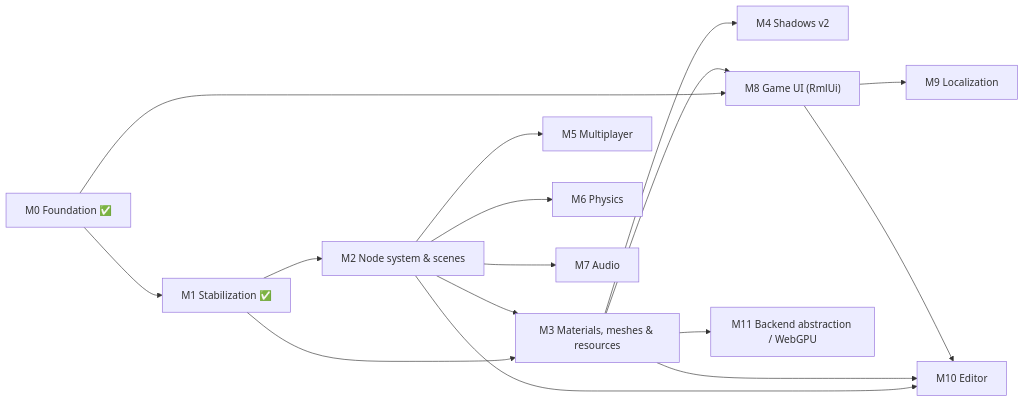
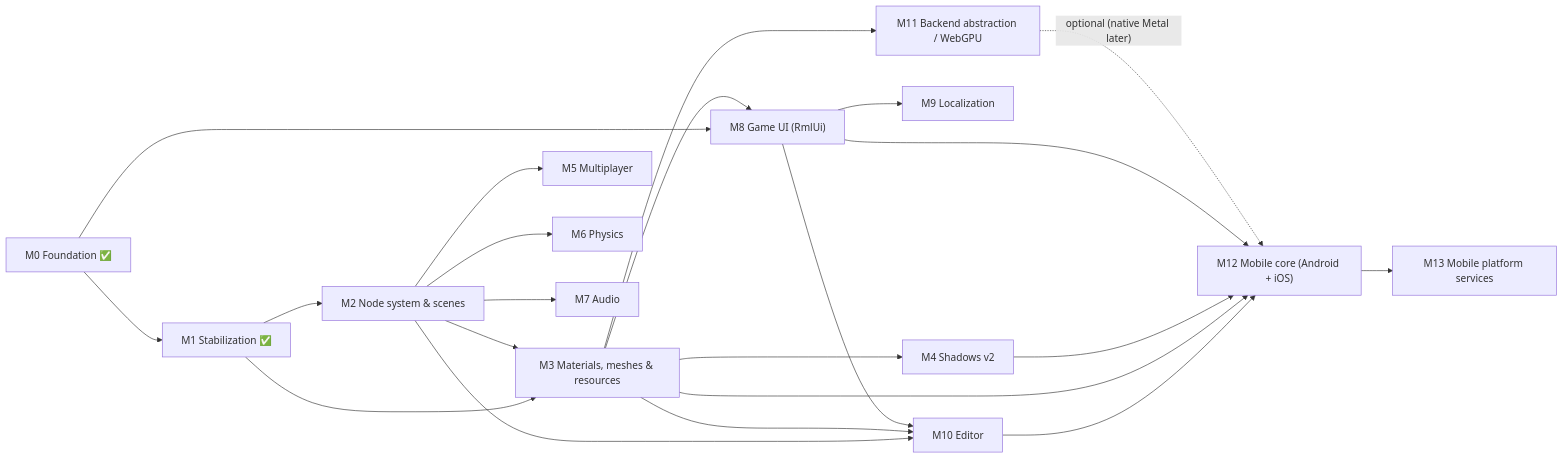
Before and after one commit to Mainframe-Games/mainframe-engine: the diagram in docs/milestones.md, drawn with Mermaid. The commit also changed other lines of this file and 5 other files, not shown here.

First line of the commit message:
Docs: Mobile design (M12 core, M13 services)

````diff
--- a/docs/milestones.md
+++ b/docs/milestones.md
@@ -8,18 +8,24 @@
 ```mermaid
 flowchart LR
     M0["M0 Foundation ✅"] --> M1["M1 Stabilization ✅"]
     M1 --> M2["M2 Node system & scenes"]
     M1 --> M3["M3 Materials, meshes & resources"]
     M2 --> M3
     M3 --> M4["M4 Shadows v2"]
     M2 --> M5["M5 Multiplayer"]
     M2 --> M6["M6 Physics"]
     M2 --> M7["M7 Audio"]
     M0 --> M8["M8 Game UI (RmlUi)"]
     M3 --> M8
     M8 --> M9["M9 Localization"]
     M2 --> M10["M10 Editor"]
     M3 --> M10
     M8 --> M10
     M3 --> M11["M11 Backend abstraction / WebGPU"]
+    M10 --> M12["M12 Mobile core (Android + iOS)"]
+    M3 --> M12
+    M4 --> M12
+    M8 --> M12
+    M11 -. "optional (native Metal later)" .-> M12
+    M12 --> M13["M13 Mobile platform services"]
 ```
````
